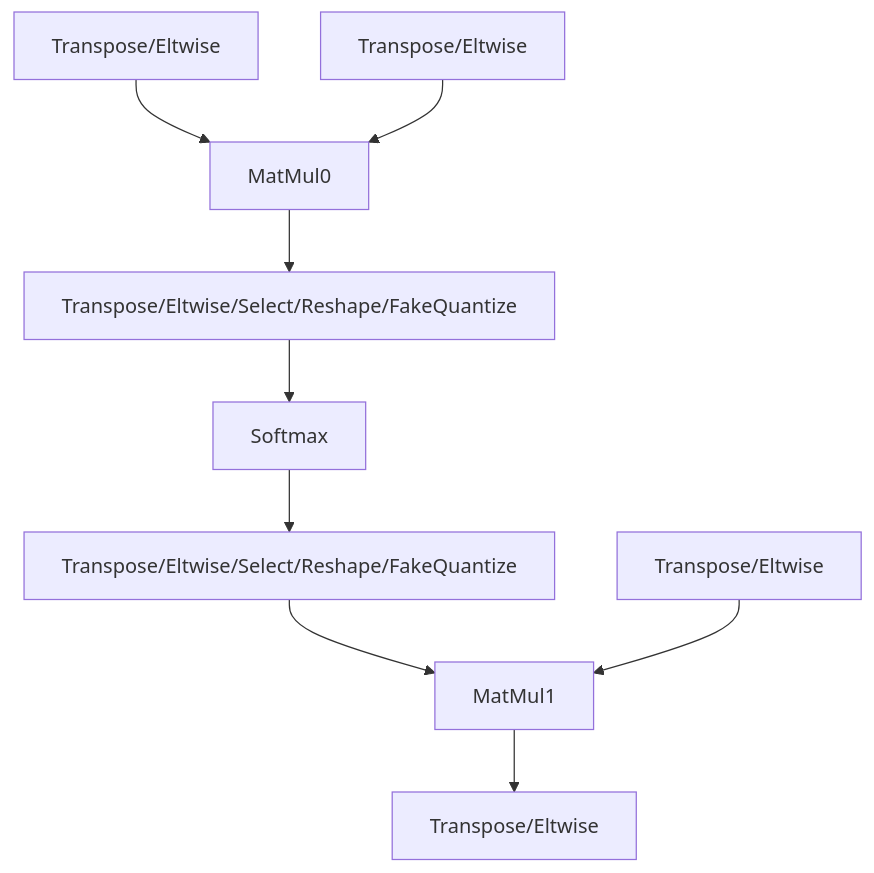
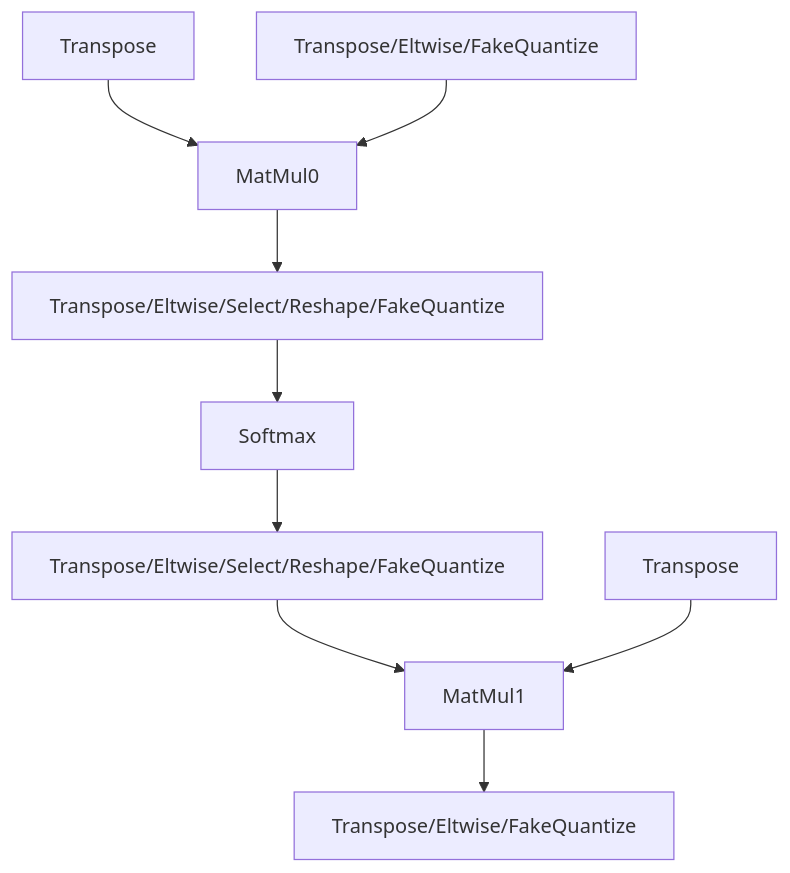
Before and after one commit to openvinotoolkit/openvino: the first of 2 diagrams in src/common/snippets/docs/mha_optimization_guide.md, drawn with Mermaid. The commit also changed other lines of this file, not shown here.

````diff
--- a/src/common/snippets/docs/mha_optimization_guide.md
+++ b/src/common/snippets/docs/mha_optimization_guide.md
@@ -12,11 +12,11 @@
 ```mermaid
 graph TB
-    MM0A[Transpose/Eltwise] --> MatMul0
-    MM0B[Transpose/Eltwise] --> MatMul0
+    MM0A[Transpose] --> MatMul0
+    MM0B[Transpose/Eltwise/FakeQuantize] --> MatMul0
     MatMul0 --> IntermediateBeforeSM[Transpose/Eltwise/Select/Reshape/FakeQuantize]
     IntermediateBeforeSM --> Softmax
     Softmax --> IntermediateAfterSM[Transpose/Eltwise/Select/Reshape/FakeQuantize]
     IntermediateAfterSM --> MatMul1
-    MM1B[Transpose/Eltwise] --> MatMul1
-    MatMul1 --> Transpose/Eltwise
+    MM1B[Transpose] --> MatMul1
+    MatMul1 --> OpAfterMM2[Transpose/Eltwise/FakeQuantize]
 ```
````
